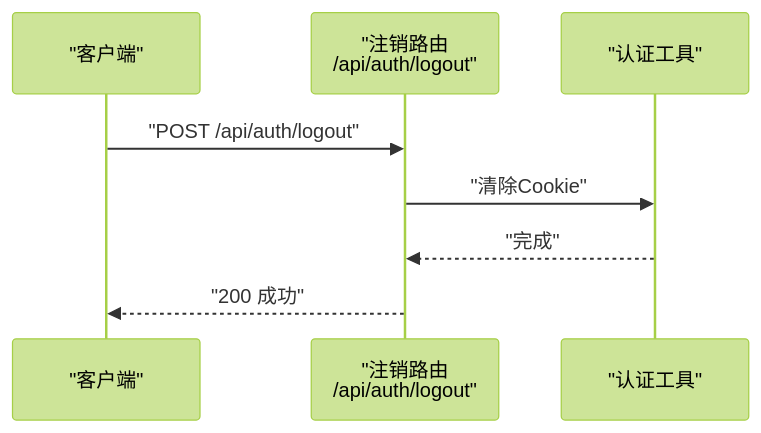
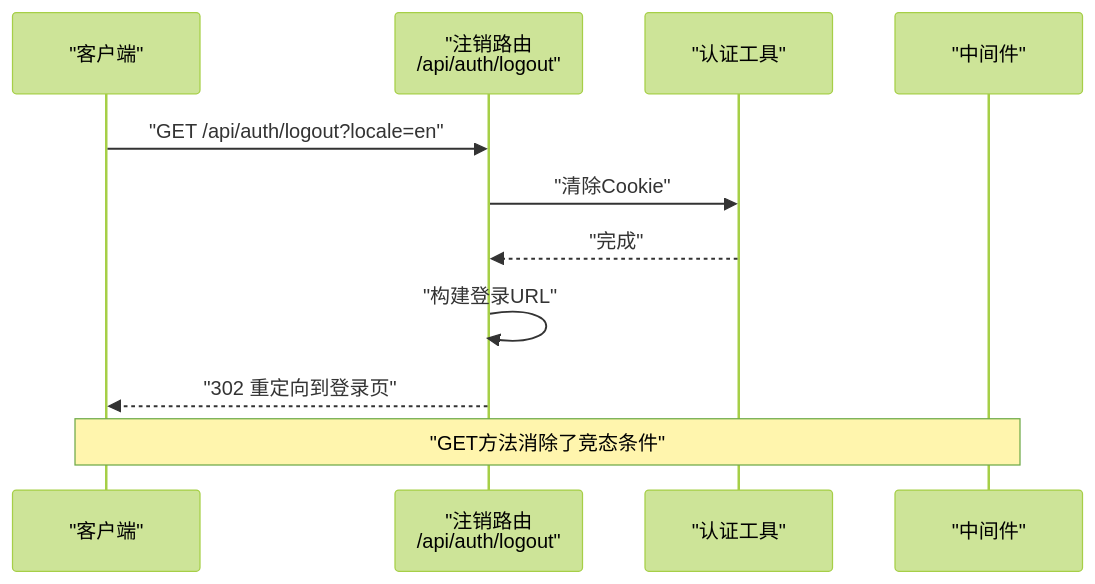
The fifth of 8 diagrams in .qoder/repowiki/zh/content/API接口文档/认证API.md (three3638-arch/celestia_2b), drawn with Mermaid (forest theme) before and after one commit. The commit also changed other lines of this file and 6 other files, not shown here.

````diff
--- a/.qoder/repowiki/zh/content/API接口文档/认证API.md
+++ b/.qoder/repowiki/zh/content/API接口文档/认证API.md
@@ -316,10 +327,13 @@
 ```mermaid
 sequenceDiagram
 participant C as "客户端"
 participant O as "注销路由<br/>/api/auth/logout"
 participant AT as "认证工具"
-C->>O : "POST /api/auth/logout"
+participant MW as "中间件"
+C->>O : "GET /api/auth/logout?locale=en"
 O->>AT : "清除Cookie"
 AT-->>O : "完成"
-O-->>C : "200 成功"
+O->>O : "构建登录URL"
+O-->>C : "302 重定向到登录页"
+Note over C,MW : "GET方法消除了竞态条件"
 ```
````
